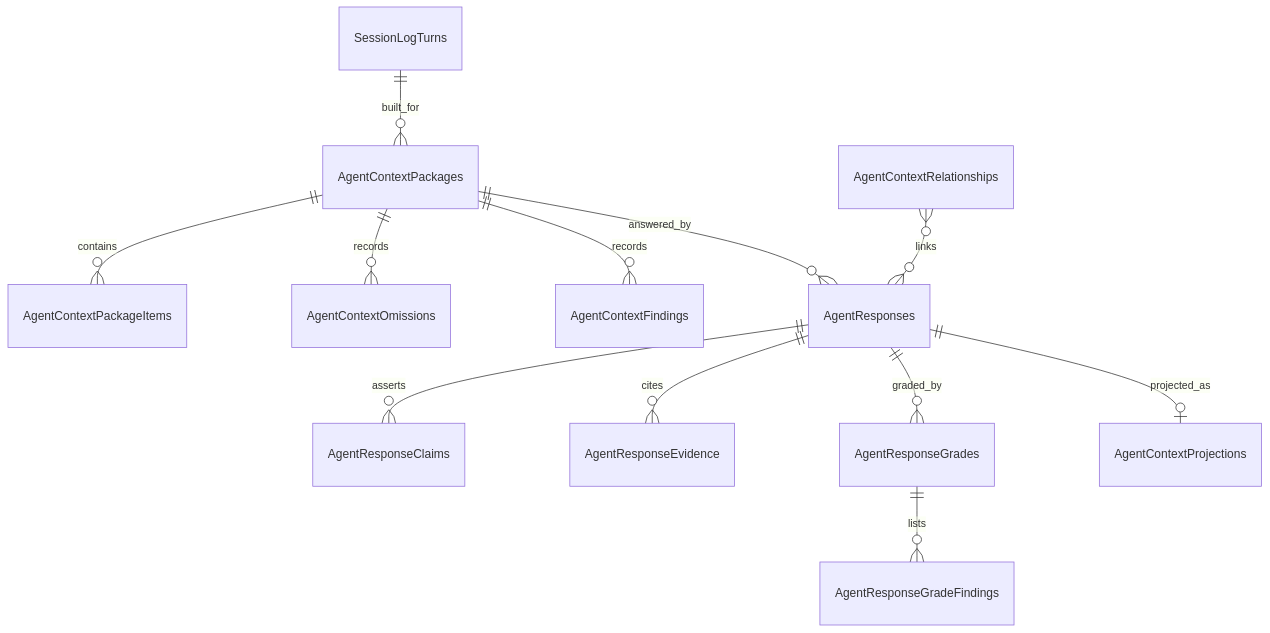
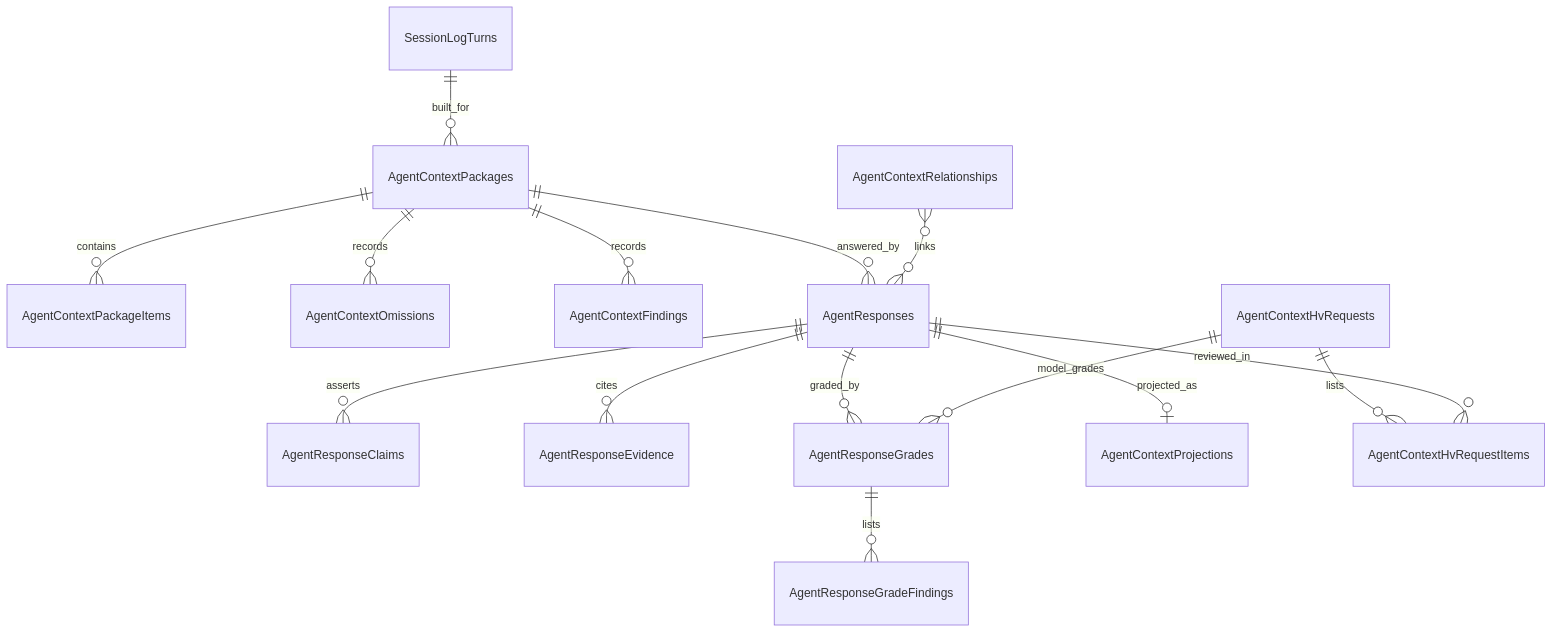
The first of 59 diagrams in docs/Stateless-Agent-Context-Management.md (sharpninja/McpServer), drawn with Mermaid before and after one commit. The commit also changed other lines of this file, not shown here.

First line of the commit message:
docs: update stateless agent context for the PowerShell-only plugin core

````diff
--- a/docs/Stateless-Agent-Context-Management.md
+++ b/docs/Stateless-Agent-Context-Management.md
@@ -147,14 +162,17 @@
 ```mermaid
 erDiagram
     AgentContextPackages ||--o{ AgentContextPackageItems : contains
     AgentContextPackages ||--o{ AgentContextOmissions : records
     AgentContextPackages ||--o{ AgentContextFindings : records
     AgentContextPackages ||--o{ AgentResponses : answered_by
     AgentResponses ||--o{ AgentResponseClaims : asserts
     AgentResponses ||--o{ AgentResponseEvidence : cites
     AgentResponses ||--o{ AgentResponseGrades : graded_by
     AgentResponseGrades ||--o{ AgentResponseGradeFindings : lists
     AgentResponses ||--o| AgentContextProjections : projected_as
+    AgentContextHvRequests ||--o{ AgentContextHvRequestItems : lists
+    AgentResponses ||--o{ AgentContextHvRequestItems : reviewed_in
+    AgentContextHvRequests ||--o{ AgentResponseGrades : model_grades
     AgentContextRelationships }o--o{ AgentResponses : links
     SessionLogTurns ||--o{ AgentContextPackages : built_for
 ```
````
